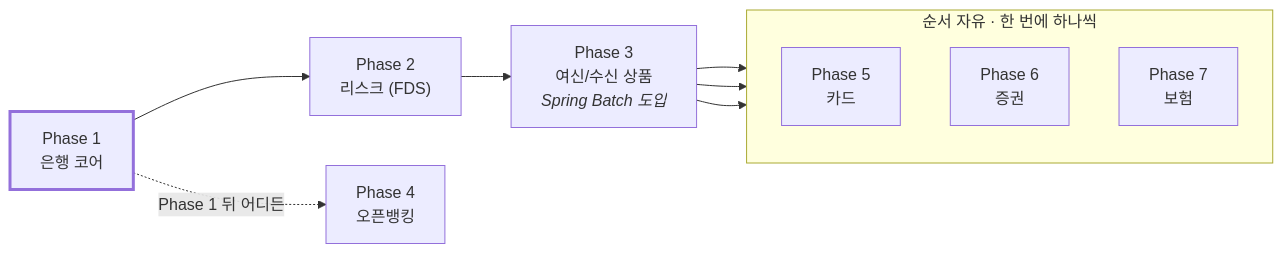
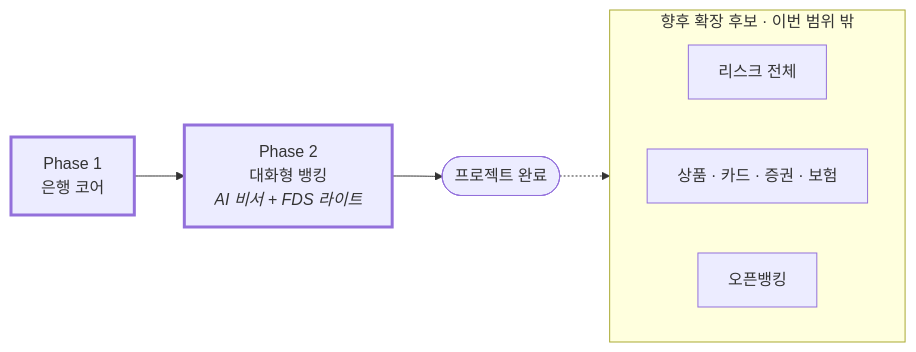
Before and after one commit to ShinhanDSProject/talking-bank: the diagram in docs/05-schedule.md, drawn with Mermaid. The commit also changed other lines of this file and 9 other files, not shown here.

Commit message:
docs: 프로젝트 주제를 대화형 뱅킹으로 좁히고 Phase 3~7을 향후 확장 후보로 내림

````diff
--- a/docs/05-schedule.md
+++ b/docs/05-schedule.md
@@ -7,22 +7,19 @@
 ```mermaid
 flowchart LR
     p1["Phase 1<br/>은행 코어"]
-    p2["Phase 2<br/>리스크 (FDS)"]
-    p3["Phase 3<br/>여신/수신 상품<br/><i>Spring Batch 도입</i>"]
-    p4["Phase 4<br/>오픈뱅킹"]
+    p2["Phase 2<br/>대화형 뱅킹<br/><i>AI 비서 + FDS 라이트</i>"]
+    done(["프로젝트 완료"])
 
-    subgraph free["순서 자유 · 한 번에 하나씩"]
-        direction TB
-        p5["Phase 5<br/>카드"]
-        p6["Phase 6<br/>증권"]
-        p7["Phase 7<br/>보험"]
+    subgraph later["향후 확장 후보 · 이번 범위 밖"]
+        direction LR
+        r["리스크 전체"]
+        p["상품 · 카드 · 증권 · 보험"]
+        o["오픈뱅킹"]
     end
 
-    p1 --> p2 --> p3
-    p3 --> p5
-    p3 --> p6
-    p3 --> p7
-    p1 -. "Phase 1 뒤 어디든" .-> p4
+    p1 --> p2 --> done
+    done -.-> later
 
     style p1 stroke-width:3px
+    style p2 stroke-width:3px
 ```
````
